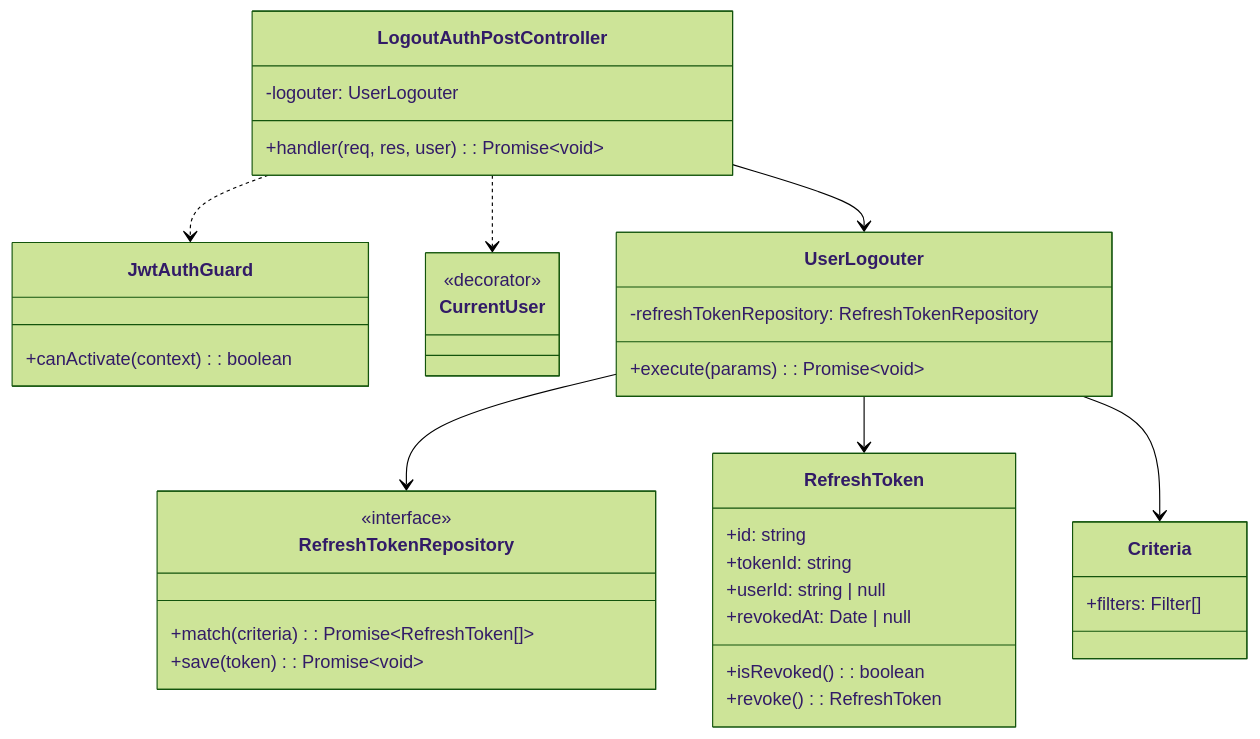
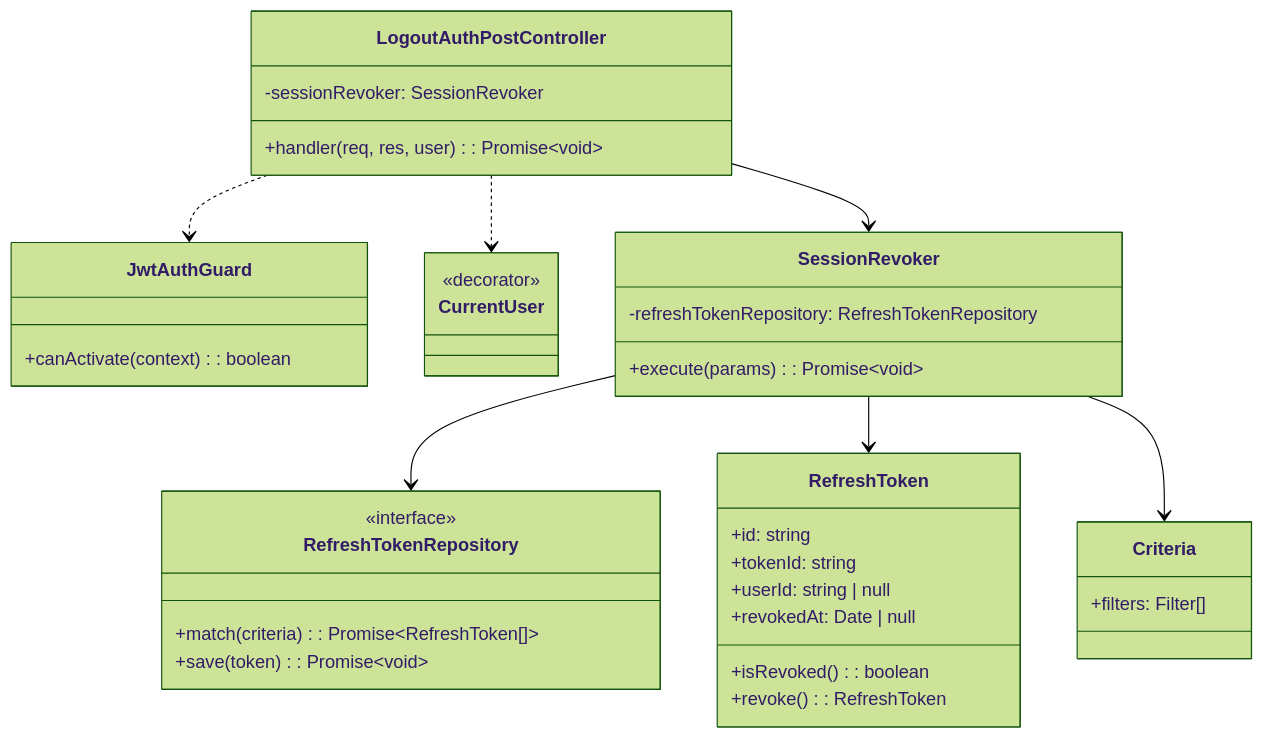
Before and after one commit to AbrahamVilchesDeLaCruz/ididntcatchthat: the diagram in docs/apps/api/identity/logout/classes.md, drawn with Mermaid (forest theme). The commit also changed 7 other files, not shown here.

````diff
--- a/docs/apps/api/identity/logout/classes.md
+++ b/docs/apps/api/identity/logout/classes.md
@@ -3,46 +3,46 @@
 ```mermaid
 classDiagram
     class LogoutAuthPostController {
-        -logouter: UserLogouter
+        -sessionRevoker: SessionRevoker
         +handler(req, res, user): Promise~void~
     }
 
     class JwtAuthGuard {
         +canActivate(context): boolean
     }
 
     class CurrentUser {
         <<decorator>>
     }
 
-    class UserLogouter {
+    class SessionRevoker {
         -refreshTokenRepository: RefreshTokenRepository
         +execute(params): Promise~void~
     }
 
     class RefreshToken {
         +id: string
         +tokenId: string
         +userId: string | null
         +revokedAt: Date | null
         +isRevoked(): boolean
         +revoke(): RefreshToken
     }
 
     class RefreshTokenRepository {
         <<interface>>
         +match(criteria): Promise~RefreshToken[]~
         +save(token): Promise~void~
     }
 
     class Criteria {
         +filters: Filter[]
     }
 
-    LogoutAuthPostController --> UserLogouter
+    LogoutAuthPostController --> SessionRevoker
     LogoutAuthPostController ..> JwtAuthGuard
     LogoutAuthPostController ..> CurrentUser
-    UserLogouter --> RefreshTokenRepository
-    UserLogouter --> RefreshToken
-    UserLogouter --> Criteria
+    SessionRevoker --> RefreshTokenRepository
+    SessionRevoker --> RefreshToken
+    SessionRevoker --> Criteria
 ```
````
